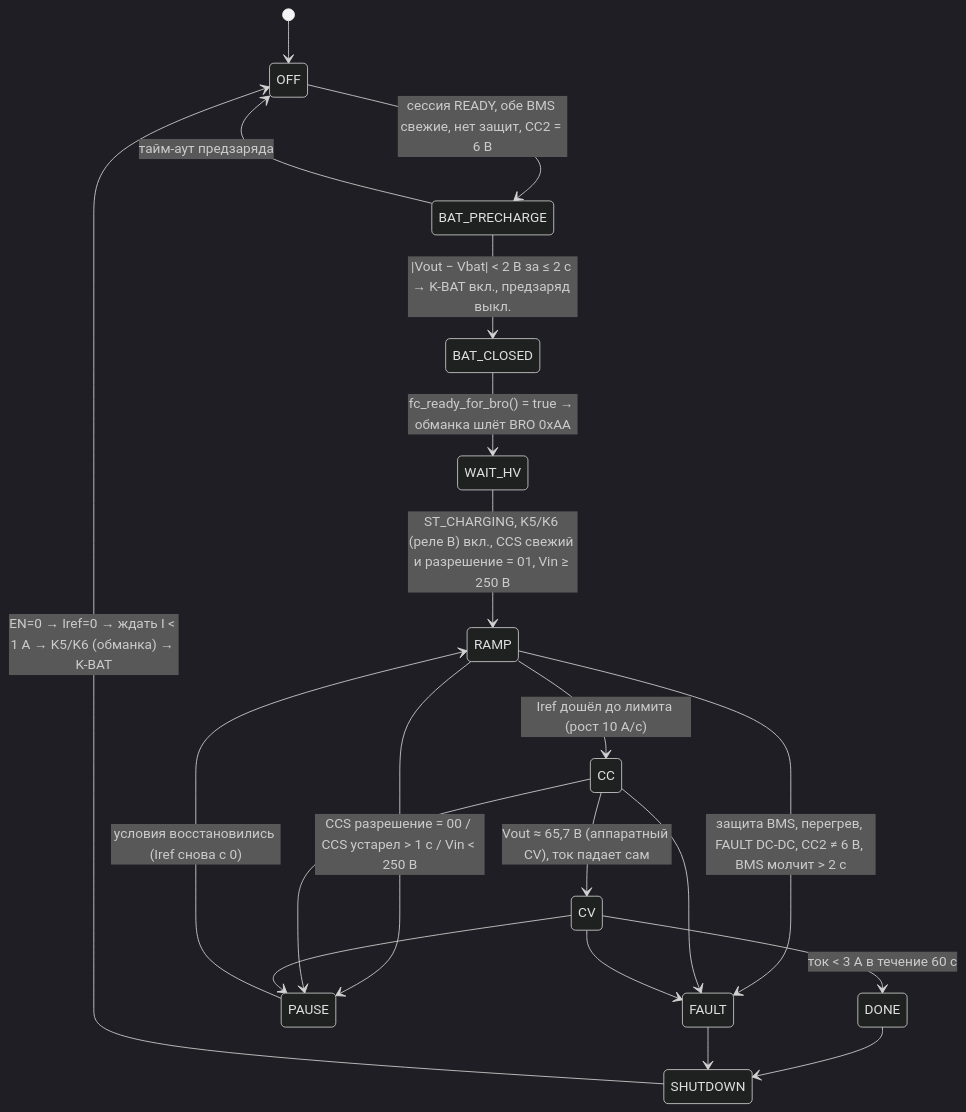
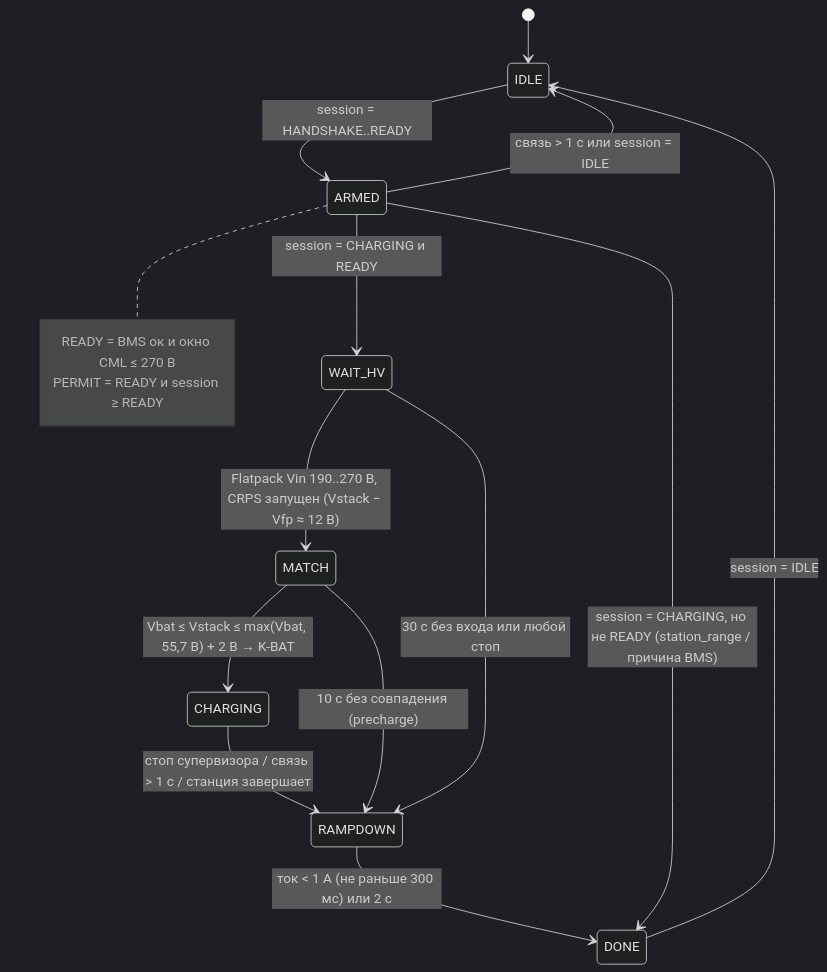
One commit to pomsfgend/smart-ebike changed the second of 2 diagrams in docs/STATE_MACHINE.md. Above: the diagram before and after it, drawn with Mermaid (dark theme). The commit also changed other lines of this file and 55 other files, not shown here.

First line of the commit message:
Rework: separate charger controller, ESP-NOW link to the cube, Flatpack2+CRPS power stack

````diff
--- a/docs/STATE_MACHINE.md
+++ b/docs/STATE_MACHINE.md
@@ -35,22 +33,19 @@
 ```mermaid
 stateDiagram-v2
-    [*] --> OFF
-    OFF --> BAT_PRECHARGE: сессия READY, обе BMS свежие, нет защит, CC2 = 6 В
-    BAT_PRECHARGE --> BAT_CLOSED: |Vout − Vbat| < 2 В за ≤ 2 с → K-BAT вкл., предзаряд выкл.
-    BAT_PRECHARGE --> OFF: тайм-аут предзаряда
-    BAT_CLOSED --> WAIT_HV: fc_ready_for_bro() = true → обманка шлёт BRO 0xAA
-    WAIT_HV --> RAMP: ST_CHARGING, K5/K6 (реле B) вкл., CCS свежий и разрешение = 01, Vin ≥ 250 В
-    RAMP --> CC: Iref дошёл до лимита (рост 10 А/с)
-    CC --> CV: Vout ≈ 65,7 В (аппаратный CV), ток падает сам
-    CV --> DONE: ток < 3 А в течение 60 с
-    RAMP --> PAUSE: CCS разрешение = 00 / CCS устарел > 1 с / Vin < 250 В
-    CC --> PAUSE
-    CV --> PAUSE
-    PAUSE --> RAMP: условия восстановились (Iref снова с 0)
-    RAMP --> FAULT: защита BMS, перегрев, FAULT DC-DC, CC2 ≠ 6 В, BMS молчит > 2 с
-    CC --> FAULT
-    CV --> FAULT
-    DONE --> SHUTDOWN
-    FAULT --> SHUTDOWN
-    SHUTDOWN --> OFF: EN=0 → Iref=0 → ждать I < 1 А → K5/K6 (обманка) → K-BAT
+    [*] --> IDLE
+    IDLE --> ARMED: session = HANDSHAKE..READY
+    ARMED --> IDLE: связь > 1 с или session = IDLE
+    note right of ARMED
+      READY = BMS ок и окно CML ≤ 270 В
+      PERMIT = READY и session ≥ READY
+    end note
+    ARMED --> WAIT_HV: session = CHARGING и READY
+    ARMED --> DONE: session = CHARGING, но не READY (station_range / причина BMS)
+    WAIT_HV --> MATCH: Flatpack Vin 190..270 В, CRPS запущен (Vstack − Vfp ≈ 12 В)
+    MATCH --> CHARGING: Vbat ≤ Vstack ≤ max(Vbat, 55,7 В) + 2 В → K-BAT
+    CHARGING --> RAMPDOWN: стоп супервизора / связь > 1 с / станция завершает
+    WAIT_HV --> RAMPDOWN: 30 с без входа или любой стоп
+    MATCH --> RAMPDOWN: 10 с без совпадения (precharge)
+    RAMPDOWN --> DONE: ток < 1 А (не раньше 300 мс) или 2 с
+    DONE --> IDLE: session = IDLE
 ```
````
